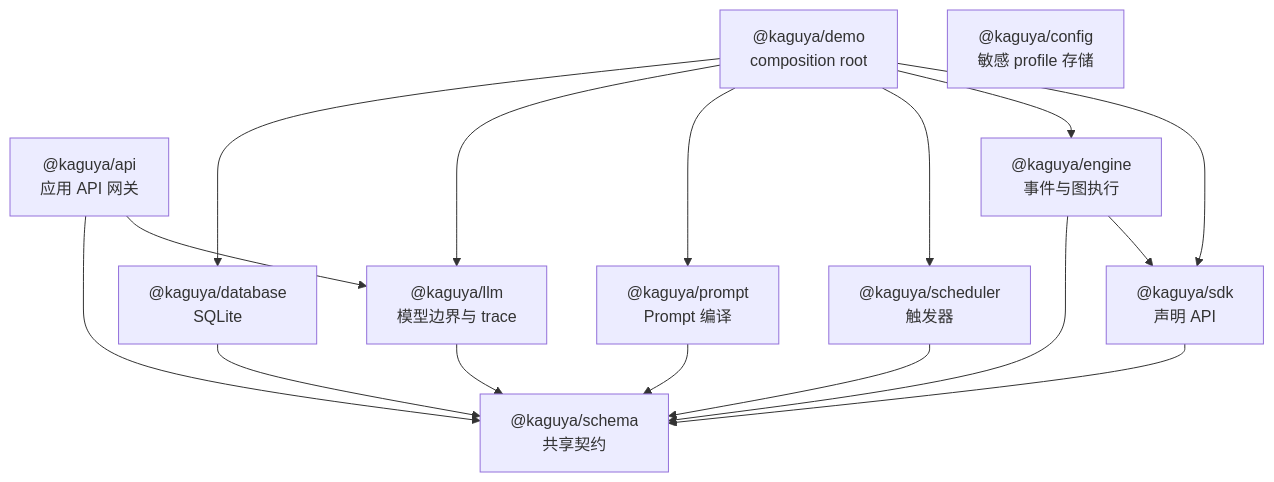
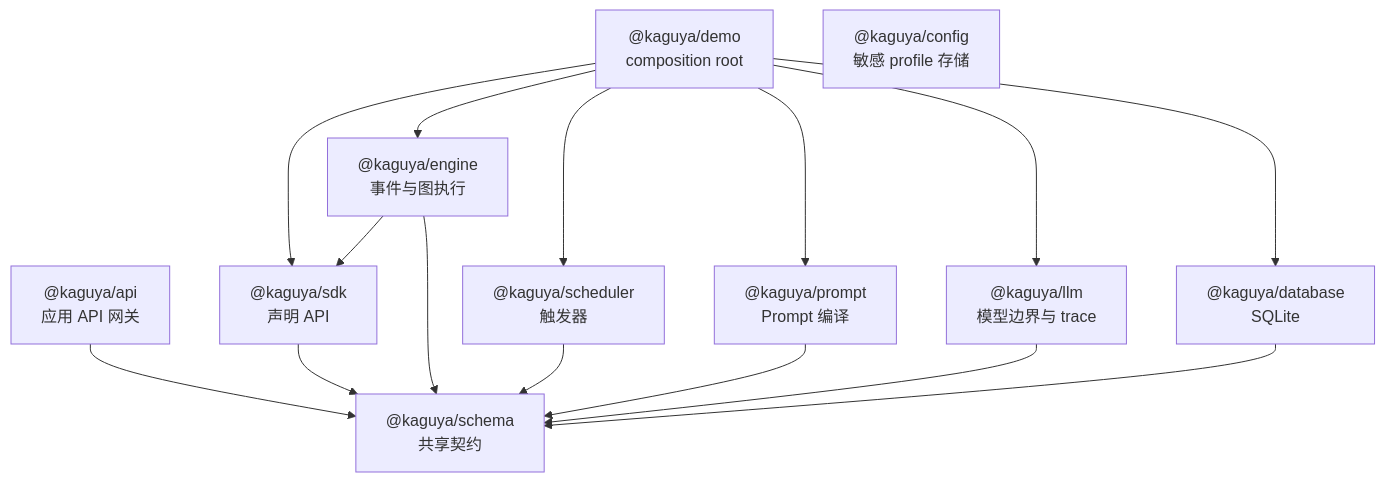
One commit to posanbu/Kaguya changed the first of 8 diagrams in docs/architecture.md. Above: the diagram before and after it, drawn with Mermaid. The commit also changed other lines of this file and 15 other files, not shown here.

````diff
--- a/docs/architecture.md
+++ b/docs/architecture.md
@@ -25,29 +25,28 @@
 ```mermaid
 flowchart TD
   API["@kaguya/api<br/>应用 API 网关"]
   Demo["@kaguya/demo<br/>composition root"]
   Schema["@kaguya/schema<br/>共享契约"]
   SDK["@kaguya/sdk<br/>声明 API"]
   Engine["@kaguya/engine<br/>事件与图执行"]
   Scheduler["@kaguya/scheduler<br/>触发器"]
   Prompt["@kaguya/prompt<br/>Prompt 编译"]
   LLM["@kaguya/llm<br/>模型边界与 trace"]
   DB["@kaguya/database<br/>SQLite"]
   Config["@kaguya/config<br/>敏感 profile 存储"]
 
-  API --> LLM
   API --> Schema
   Demo --> SDK
   Demo --> Engine
   Demo --> Scheduler
   Demo --> Prompt
   Demo --> LLM
   Demo --> DB
   SDK --> Schema
   Engine --> SDK
   Engine --> Schema
   Scheduler --> Schema
   Prompt --> Schema
   LLM --> Schema
   DB --> Schema
 ```
````
